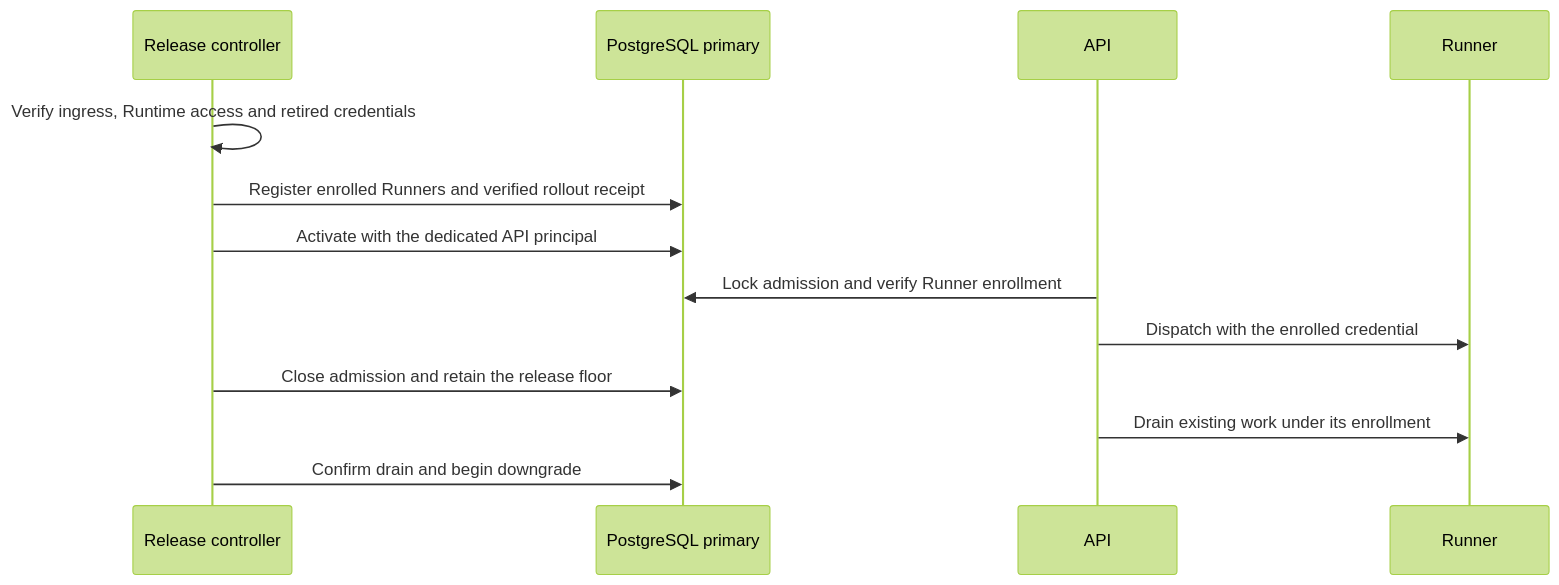
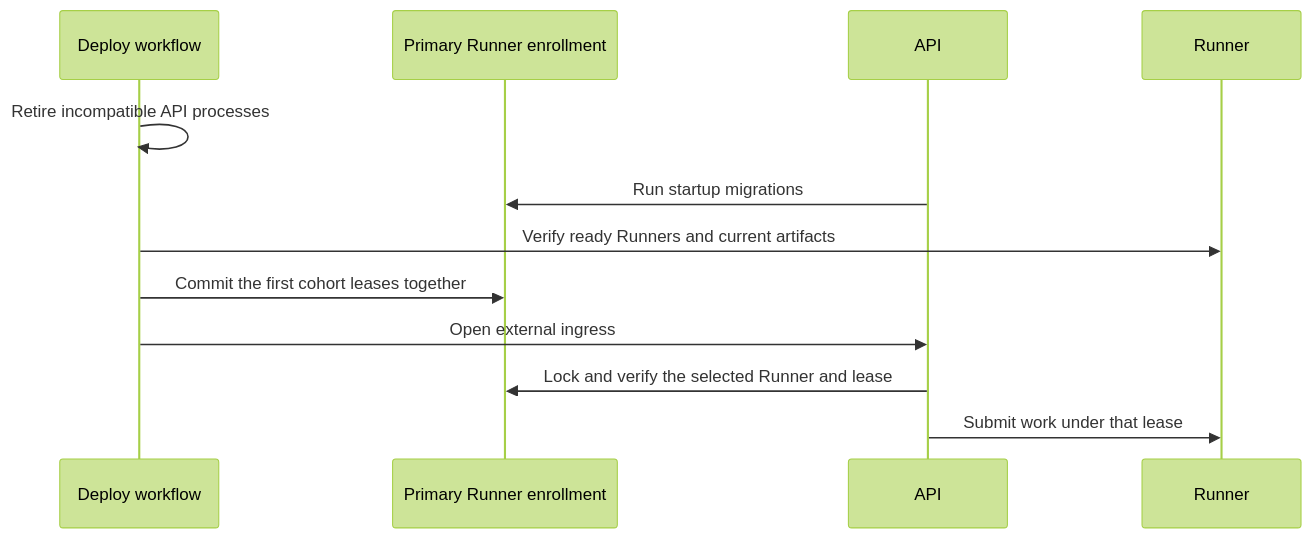
Diagram 12 of 15 in docs/contributing/architecture/outbound-contract.md (boxlite-ai/boxlite), drawn with Mermaid (forest theme) before and after one commit. The commit also changed other lines of this file and 14 other files, not shown here.

First line of the commit message:
fix(api): use Runner leases for complete outbound admission

````diff
--- a/docs/contributing/architecture/outbound-contract.md
+++ b/docs/contributing/architecture/outbound-contract.md
@@ -978,15 +978,14 @@
 ```mermaid
 sequenceDiagram
-    participant O as Release controller
-    participant P as PostgreSQL primary
+    participant D as Deploy workflow
+    participant P as Primary Runner enrollment
     participant A as API
     participant R as Runner
-    O->>O: Verify ingress, Runtime access and retired credentials
-    O->>P: Register enrolled Runners and verified rollout receipt
-    O->>P: Activate with the dedicated API principal
-    A->>P: Lock admission and verify Runner enrollment
-    A->>R: Dispatch with the enrolled credential
-    O->>P: Close admission and retain the release floor
-    A->>R: Drain existing work under its enrollment
-    O->>P: Confirm drain and begin downgrade
+    D->>D: Retire incompatible API processes
+    A->>P: Run startup migrations
+    D->>R: Verify ready Runners and current artifacts
+    D->>P: Commit the first cohort leases together
+    D->>A: Open external ingress
+    A->>P: Lock and verify the selected Runner and lease
+    A->>R: Submit work under that lease
 ```
````
